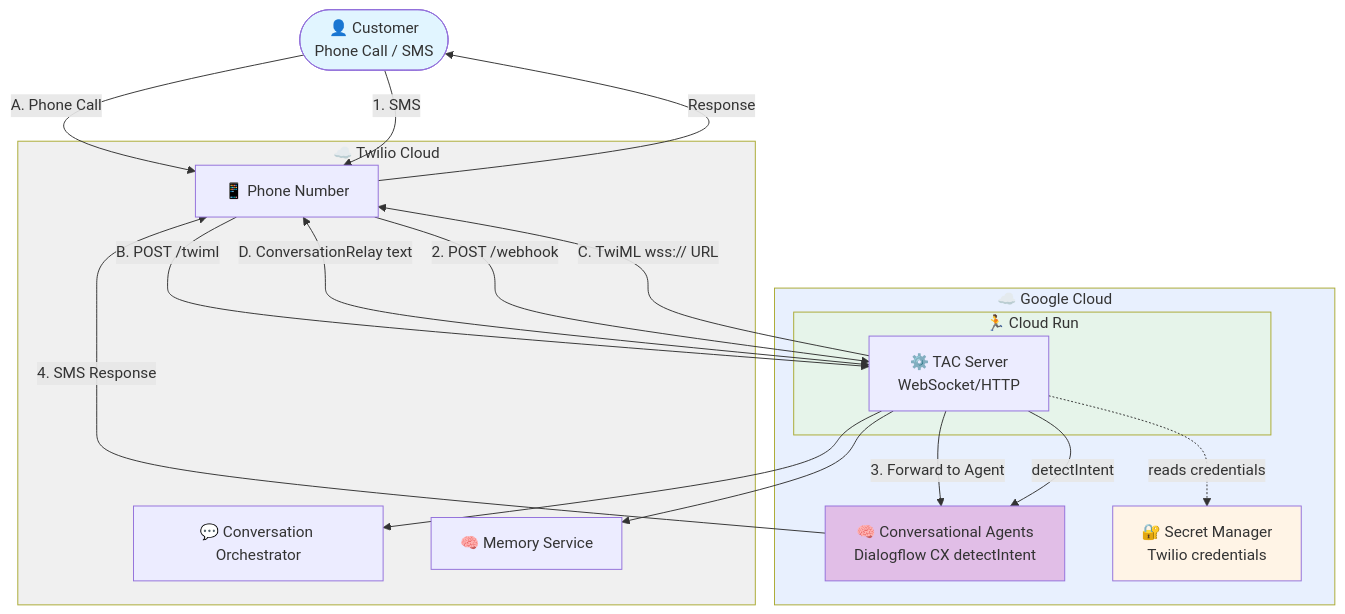
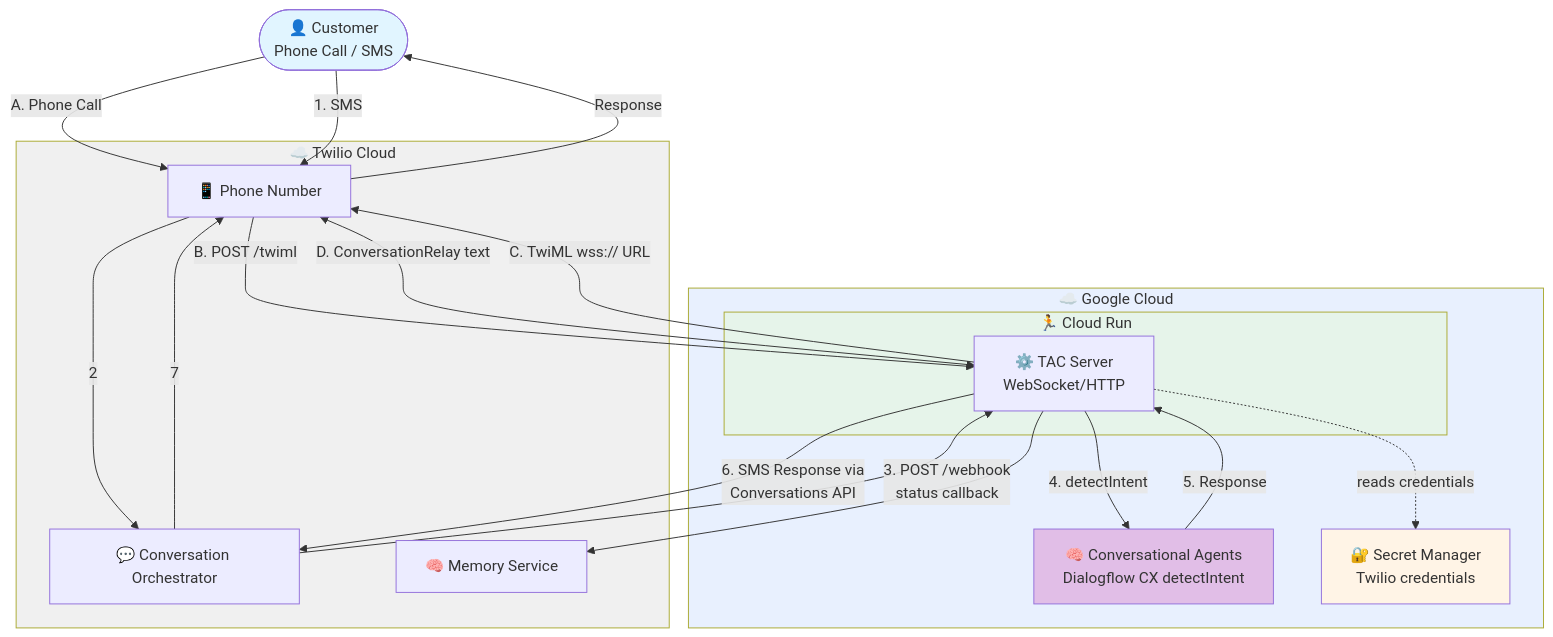
The diagram in deploy/conversational_agents/README.md (twilio/twilio-agent-connect-google), drawn with Mermaid before and after one commit. The commit also changed 4 other files, not shown here.

````diff
--- a/deploy/conversational_agents/README.md
+++ b/deploy/conversational_agents/README.md
@@ -14,41 +14,45 @@
 ```mermaid
 graph TB
     Customer([👤 Customer<br/>Phone Call / SMS])
 
     subgraph Twilio["☁️ Twilio Cloud"]
         Phone[📱 Phone Number]
         Orchestrator[💬 Conversation Orchestrator]
         Memory[🧠 Memory Service]
     end
 
     subgraph GCP["☁️ Google Cloud"]
         subgraph CloudRun["🏃 Cloud Run"]
             Server[⚙️ TAC Server<br/>WebSocket/HTTP]
         end
         Agent[🧠 Conversational Agents<br/>Dialogflow CX detectIntent]
         Secret[🔐 Secret Manager<br/>Twilio credentials]
     end
 
+    %% Voice Channel Flow (A-D)
     Customer -->|A. Phone Call| Phone
     Phone -->|B. POST /twiml| Server
     Server -->|C. TwiML wss:// URL| Phone
     Phone <-->|D. ConversationRelay text| Server
 
+    %% Messaging Channel Flow (1-7)
     Customer -->|1. SMS| Phone
-    Phone -->|2. POST /webhook| Server
-    Server -->|3. Forward to Agent| Agent
-    Agent -->|4. SMS Response| Phone
+    Phone -->|2| Orchestrator
+    Orchestrator -->|3. POST /webhook<br/>status callback| Server
+    Server -->|4. detectIntent| Agent
+    Agent -->|5. Response| Server
+    Server -->|6. SMS Response via<br/>Conversations API| Orchestrator
+    Orchestrator -->|7| Phone
 
-    Server -->|detectIntent| Agent
+    %% Cloud Run integrations
     Server -.->|reads credentials| Secret
-    Server --> Orchestrator
     Server --> Memory
     Phone -->|Response| Customer
 
     style Customer fill:#e1f5ff
     style Twilio fill:#f0f0f0
     style GCP fill:#e8f0fe
     style CloudRun fill:#e6f4ea
     style Agent fill:#e1bee7
     style Secret fill:#fff4e6
 ```
````
